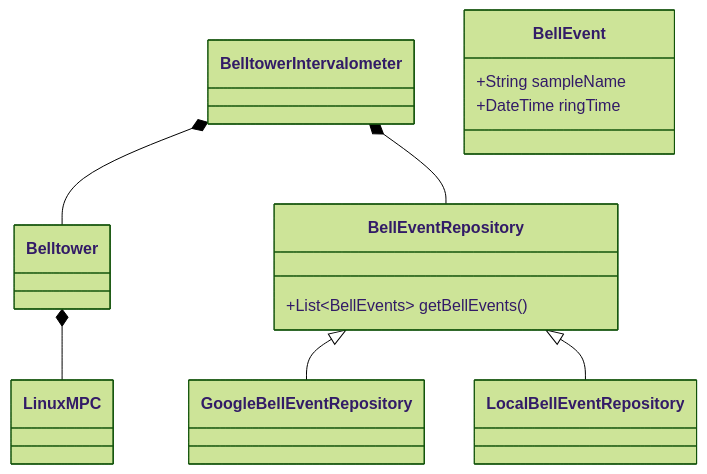
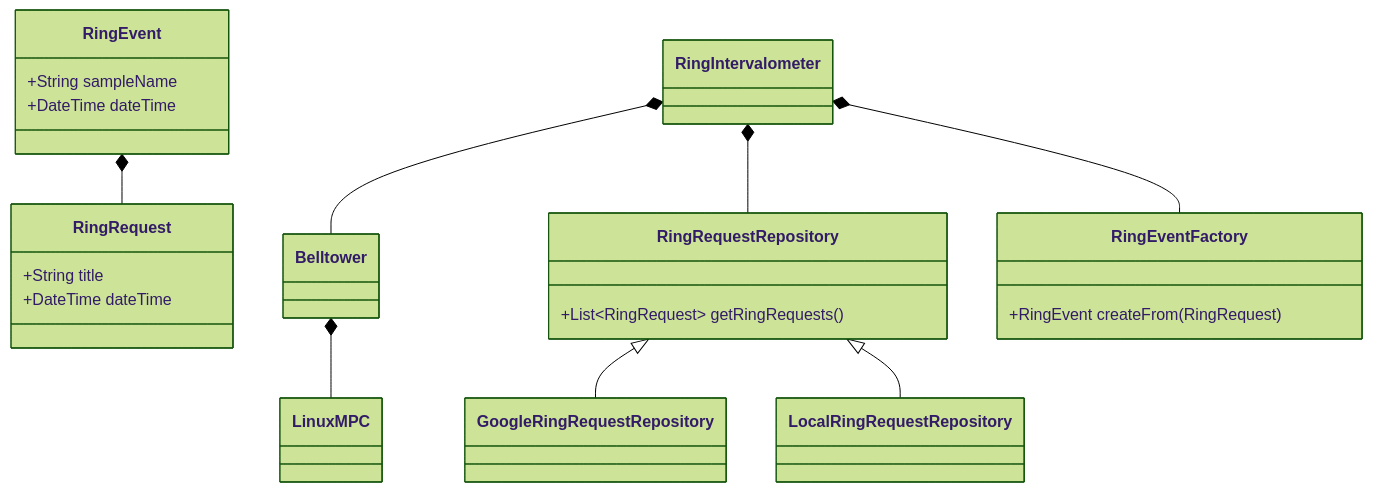
One commit to jjfraney/bells changed the diagram in server/README.md. Above: the diagram before and after it, drawn with Mermaid (forest theme). The commit also changed other lines of this file and 20 other files, not shown here.

````diff
--- a/server/README.md
+++ b/server/README.md
@@ -172,17 +220,26 @@
 ```mermaid
     classDiagram
         class Belltower
-        class BelltowerIntervalometer
-        class BellEvent{
+        class RingIntervalometer
+        class RingEvent{
             +String sampleName
-            +DateTime ringTime
+            +DateTime dateTime
         }
-        class BellEventRepository{
-            +List~BellEvents~ getBellEvents()
+        class RingRequest{
+            +String title
+            +DateTime dateTime
+        }
+        class RingEventFactory {
+            +RingEvent createFrom(RingRequest)
+        }
+        RingEvent *-- RingRequest
+        class RingRequestRepository{
+            +List~RingRequest~ getRingRequests()
         }
         Belltower *-- LinuxMPC
-        BelltowerIntervalometer *-- Belltower
-        BelltowerIntervalometer *--BellEventRepository
-        BellEventRepository <|-- GoogleBellEventRepository
-        BellEventRepository <|-- LocalBellEventRepository
+        RingIntervalometer *-- Belltower
+        RingIntervalometer *--RingRequestRepository
+        RingIntervalometer *-- RingEventFactory
+        RingRequestRepository <|-- GoogleRingRequestRepository
+        RingRequestRepository <|-- LocalRingRequestRepository
 ```
````
